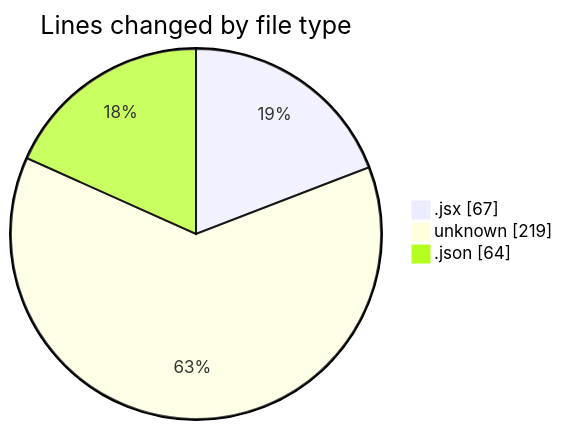
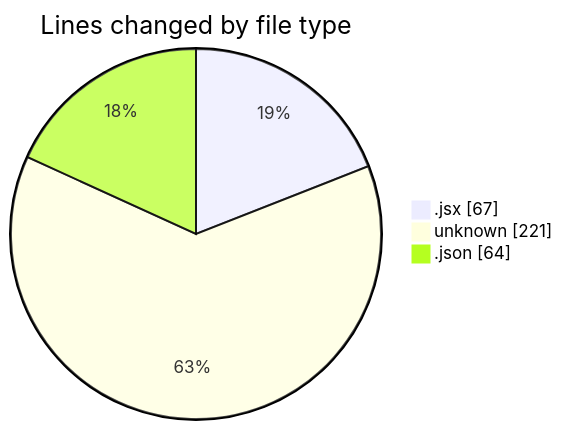
One commit to Elitesun/code-tracking changed the first of 2 diagrams in 2025-02-05/react_ecom/README.md. Above: the diagram before and after it, drawn with Mermaid. The commit also changed other lines of this file and 1 other file, not shown here.

````diff
--- a/2025-02-05/react_ecom/README.md
+++ b/2025-02-05/react_ecom/README.md
@@ -26,7 +26,7 @@
 ```mermaid
 pie showData
 title Lines changed by file type
 ".jsx" : 67
-"unknown" : 219
+"unknown" : 221
 ".json" : 64
 ```
````
